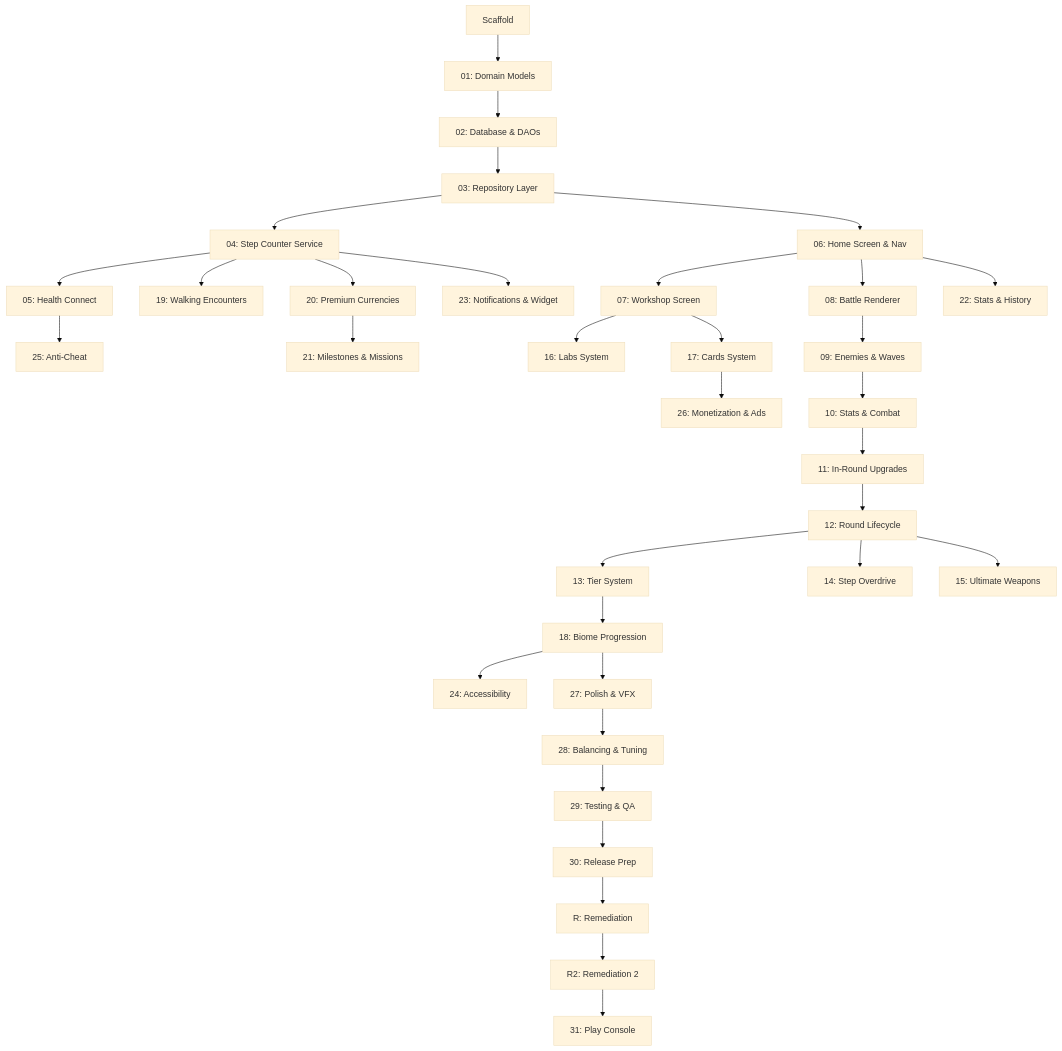
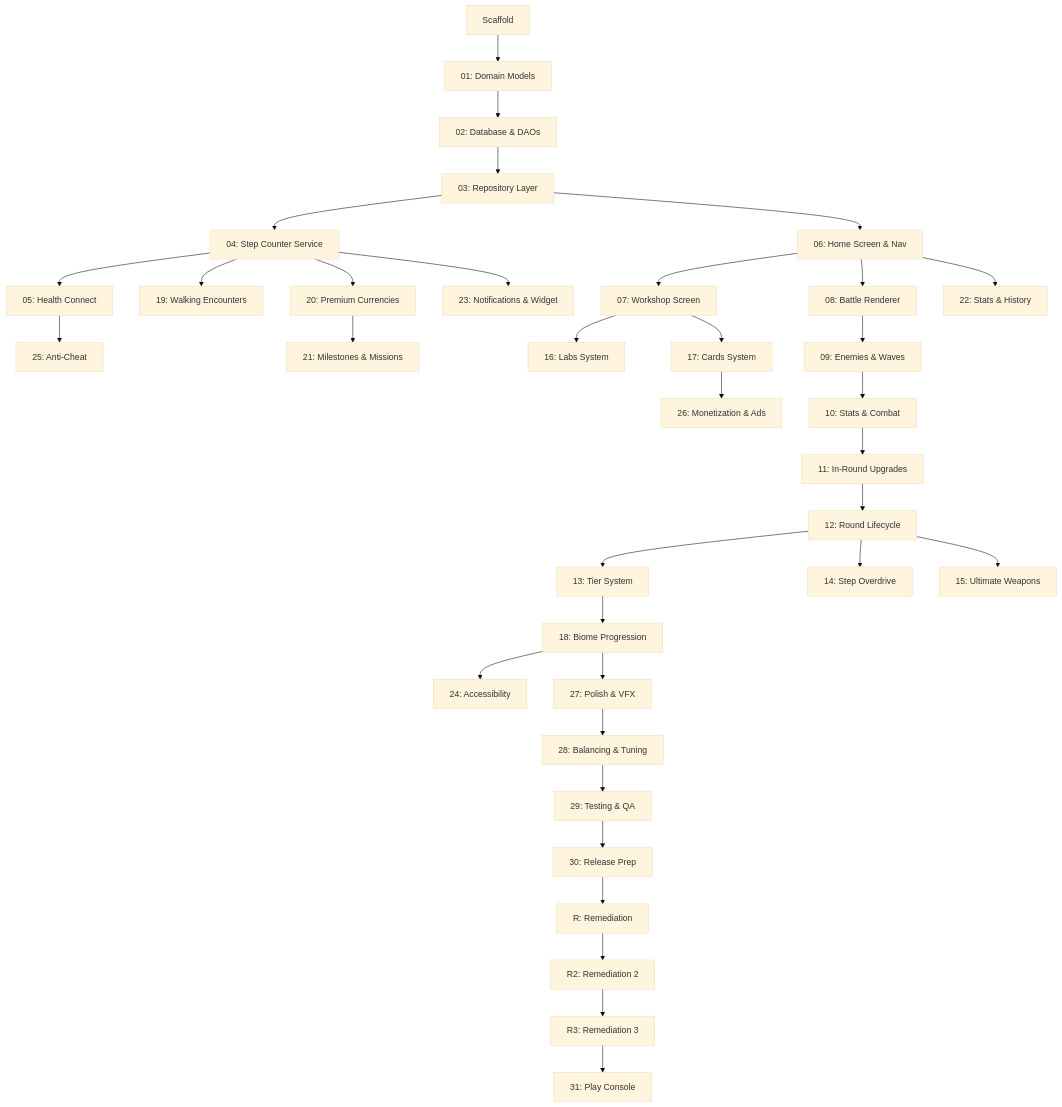
One commit to JonWhiteFang/steps-of-bablylon changed the diagram in AGENTS.md. Above: the diagram before and after it, drawn with Mermaid (base theme). The commit also changed other lines of this file and 4 other files, not shown here.

````diff
--- a/AGENTS.md
+++ b/AGENTS.md
@@ -138,36 +139,37 @@
 ```mermaid
 graph TD
     S[Scaffold] --> P01[01: Domain Models]
     P01 --> P02[02: Database & DAOs]
     P02 --> P03[03: Repository Layer]
     P03 --> P04[04: Step Counter Service]
     P03 --> P06[06: Home Screen & Nav]
     P04 --> P05[05: Health Connect]
     P04 --> P19[19: Walking Encounters]
     P04 --> P20[20: Premium Currencies]
     P04 --> P23[23: Notifications & Widget]
     P05 --> P25[25: Anti-Cheat]
     P06 --> P07[07: Workshop Screen]
     P06 --> P08[08: Battle Renderer]
     P06 --> P22[22: Stats & History]
     P07 --> P16[16: Labs System]
     P07 --> P17[17: Cards System]
     P08 --> P09[09: Enemies & Waves]
     P09 --> P10[10: Stats & Combat]
     P10 --> P11[11: In-Round Upgrades]
     P11 --> P12[12: Round Lifecycle]
     P12 --> P13[13: Tier System]
     P12 --> P14[14: Step Overdrive]
     P12 --> P15[15: Ultimate Weapons]
     P13 --> P18[18: Biome Progression]
     P17 --> P26[26: Monetization & Ads]
     P18 --> P24[24: Accessibility]
     P18 --> P27[27: Polish & VFX]
     P20 --> P21[21: Milestones & Missions]
     P27 --> P28[28: Balancing & Tuning]
     P28 --> P29[29: Testing & QA]
     P29 --> P30[30: Release Prep]
     P30 --> PR[R: Remediation]
     PR --> PR2[R2: Remediation 2]
-    PR2 --> P31[31: Play Console]
+    PR2 --> PR3[R3: Remediation 3]
+    PR3 --> P31[31: Play Console]
 ```
````
